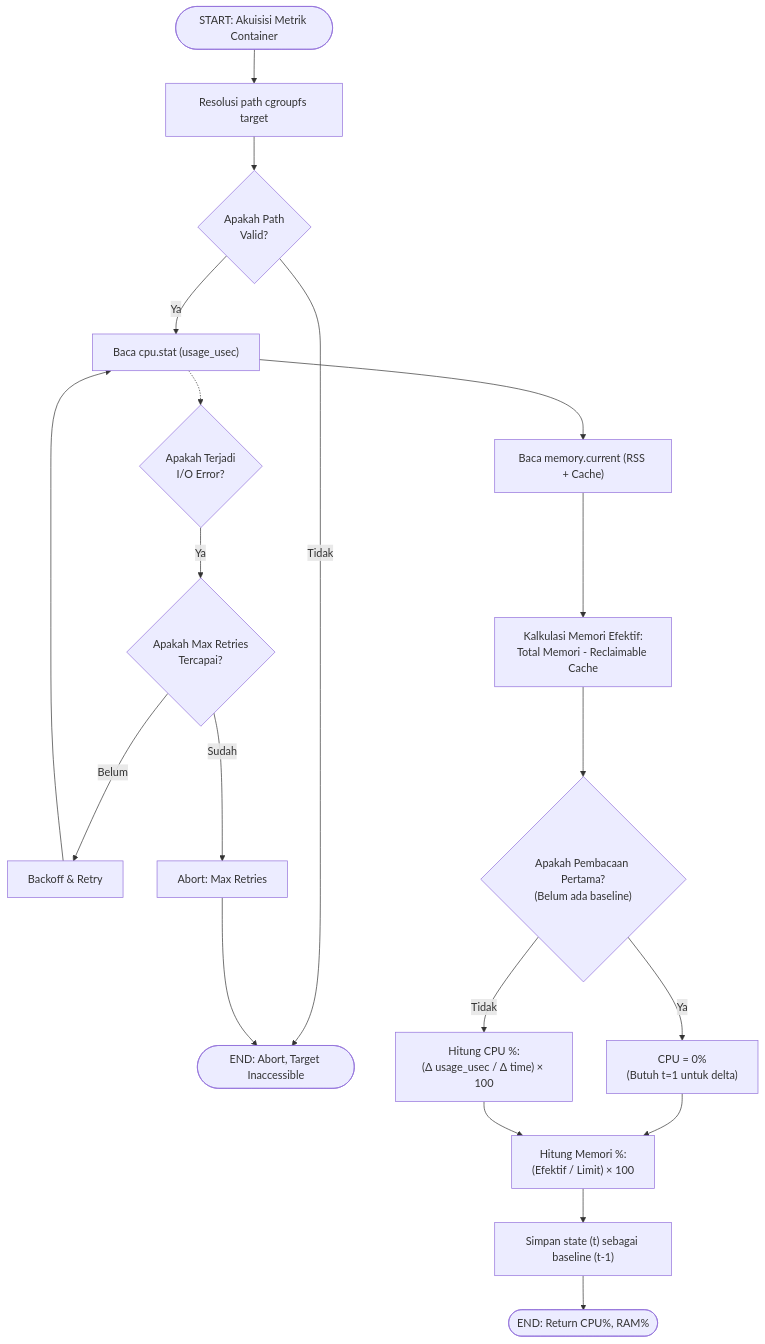
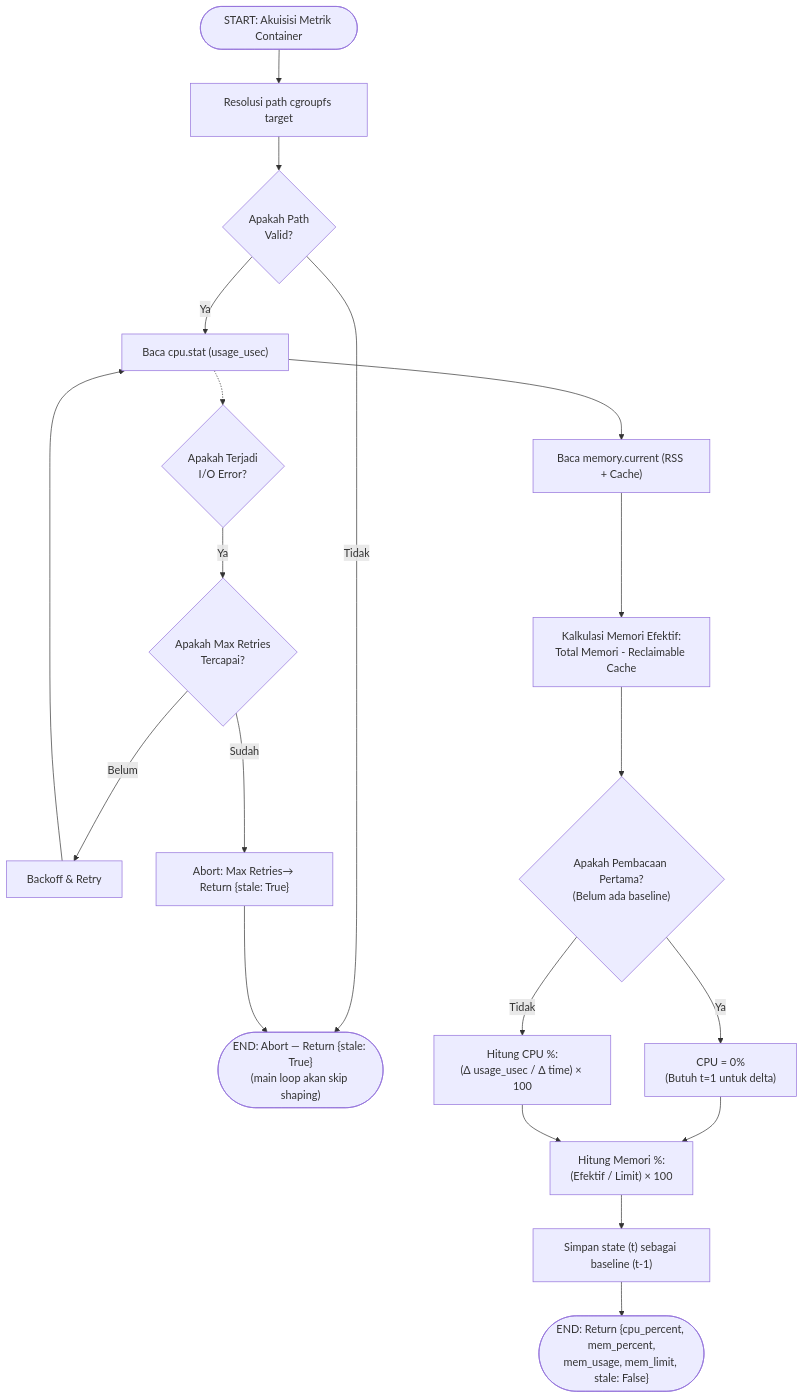
Before and after one commit to fauzanreza/green-container-framework: the second of 3 diagrams in architecture-diagrams/layer-2-monitor/01_monitor_get_stats.md, drawn with Mermaid. The commit also changed other lines of this file and 81 other files, not shown here.

````diff
--- a/architecture-diagrams/layer-2-monitor/01_monitor_get_stats.md
+++ b/architecture-diagrams/layer-2-monitor/01_monitor_get_stats.md
@@ -79,47 +79,47 @@
 ```mermaid
 flowchart TD
     START(["START: Akuisisi Metrik Container"])
 
     CARI["Resolusi path cgroupfs target"]
     KETEMU{"Apakah Path<br/>Valid?"}
-    SELESAI_GAGAL(["END: Abort, Target Inaccessible"])
+    SELESAI_GAGAL(["END: Abort — Return {stale: True}<br/>(main loop akan skip shaping)"])
 
     BACA_CPU["Baca cpu.stat (usage_usec)"]
     BACA_RAM["Baca memory.current (RSS + Cache)"]
     KURANGI["Kalkulasi Memori Efektif:<br/>Total Memori - Reclaimable Cache"]
 
     GAGAL{"Apakah Terjadi<br/>I/O Error?"}
     COBA_LAGI{"Apakah Max Retries<br/>Tercapai?"}
     TUNGGU["Backoff & Retry"]
-    SEMUA_GAGAL["Abort: Max Retries"]
+    SEMUA_GAGAL["Abort: Max Retries→ Return {stale: True}"]
 
     PERTAMA{"Apakah Pembacaan Pertama?<br/>(Belum ada baseline)"}
     NOL["CPU = 0%<br/>(Butuh t=1 untuk delta)"]
     HITUNG["Hitung CPU %:<br/>(Δ usage_usec / Δ time) × 100"]
     HITUNG_RAM["Hitung Memori %:<br/>(Efektif / Limit) × 100"]
 
     SIMPAN["Simpan state (t) sebagai baseline (t-1)"]
-    SELESAI(["END: Return CPU%, RAM%"])
+    SELESAI(["END: Return {cpu_percent, mem_percent,<br/>mem_usage, mem_limit, stale: False}"])
 
     START --> CARI
     CARI --> KETEMU
     KETEMU -->|Tidak| SELESAI_GAGAL
     KETEMU -->|Ya| BACA_CPU
     BACA_CPU --> BACA_RAM
     BACA_RAM --> KURANGI
 
     BACA_CPU -.-> GAGAL
     GAGAL -->|Ya| COBA_LAGI
     COBA_LAGI -->|Belum| TUNGGU
     TUNGGU --> BACA_CPU
     COBA_LAGI -->|Sudah| SEMUA_GAGAL
     SEMUA_GAGAL --> SELESAI_GAGAL
 
     KURANGI --> PERTAMA
     PERTAMA -->|Ya| NOL
     PERTAMA -->|Tidak| HITUNG
     NOL --> HITUNG_RAM
     HITUNG --> HITUNG_RAM
     HITUNG_RAM --> SIMPAN
     SIMPAN --> SELESAI
 ```
````
